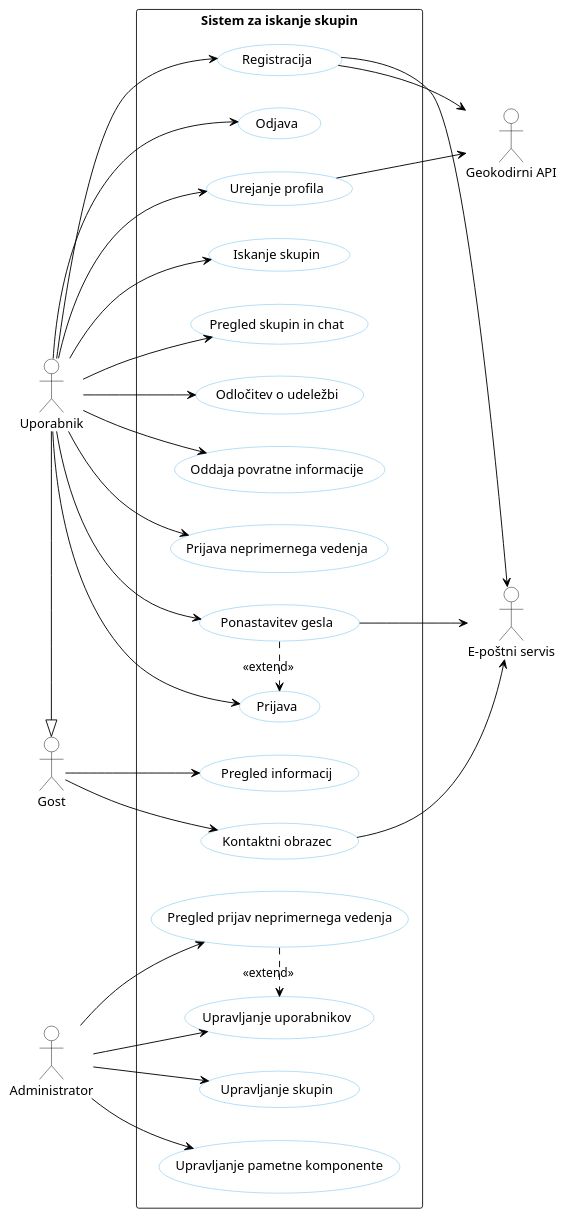
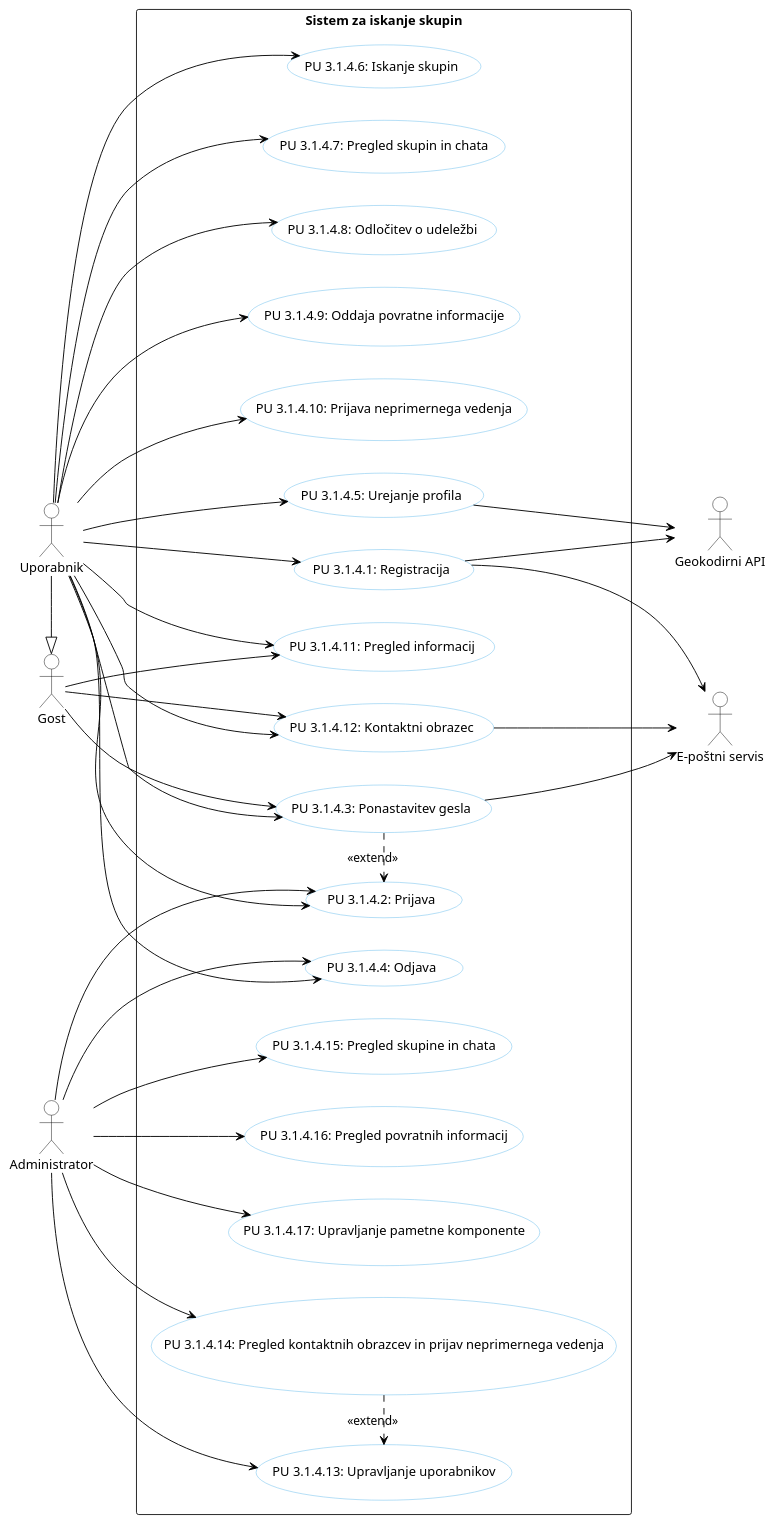
Before and after one commit to jakobjesenko/Projekt-06: the diagram in docs/gradivo/plantuml/Use_case_diagram.puml, drawn with PlantUML. The commit also changed 1 other file, not shown here.

Commit message:
sprememba diagrama primerov uporabe

```diff
--- a/docs/gradivo/plantuml/Use_case_diagram.puml
+++ b/docs/gradivo/plantuml/Use_case_diagram.puml
@@ -1,82 +1,89 @@
 @startuml DPU
 
 skinparam backgroundcolor transparent
 skinparam defaultTextAlignment center
 skinparam usecase {
   backgroundColor white
   borderColor #5FB8EC
   arrowColor black
 }
 skinparam actorBorderColor black
 skinparam actorBackgroundColor white
 
 left to right direction
 
 actor "Gost" AS Guest
 actor "Uporabnik" AS User
 actor "Administrator" AS Admin
 actor "E-poštni servis" AS Email
 actor "Geokodirni API" AS Geo
 
 User -|> Guest
 
 rectangle "Sistem za iskanje skupin" {
   ' --- PRIJAVA ---
-  (Registracija) as UC1
-  (Prijava) as UC2
-  (Ponastavitev gesla) as UC3
-  (Odjava) as UC4
+  (PU 3.1.4.1: Registracija) as UC1
+  (PU 3.1.4.2: Prijava) as UC2
+  (PU 3.1.4.3: Ponastavitev gesla) as UC3
+  (PU 3.1.4.4: Odjava) as UC4
   
   ' --- PROFIL ---
-  (Urejanje profila) as UC5
+  (PU 3.1.4.5: Urejanje profila) as UC5
   
   ' --- SKUPINE ---
-  (Iskanje skupin) as UC6
-  (Pregled skupin in chat) as UC19
-  (Odločitev o udeležbi) as UC8
+  (PU 3.1.4.6: Iskanje skupin) as UC6
+  (PU 3.1.4.7: Pregled skupin in chata) as UC19
+  (PU 3.1.4.8: Odločitev o udeležbi) as UC8
   
   ' --- FEEDBACK ---
-  (Oddaja povratne informacije) as UC10
-  (Prijava neprimernega vedenja) as UC11
+  (PU 3.1.4.9: Oddaja povratne informacije) as UC10
+  (PU 3.1.4.10: Prijava neprimernega vedenja) as UC11
   
   ' --- ADMIN ---
-  (Upravljanje uporabnikov) as UC12
-  (Pregled prijav neprimernega vedenja) as UC13
-  (Upravljanje skupin) as UC14
-  (Upravljanje pametne komponente) as UC18
+  (PU 3.1.4.13: Upravljanje uporabnikov) as UC12
+  (PU 3.1.4.14: Pregled kontaktnih obrazcev in prijav neprimernega vedenja) as UC13
+  (PU 3.1.4.15: Pregled skupine in chata) as UC14
+  (PU 3.1.4.16: Pregled povratnih informacij) as UC17
+  (PU 3.1.4.17: Upravljanje pametne komponente) as UC18
 
   ' --- JAVNE STRANI ---
-  (Pregled informacij) as UC20
-  (Kontaktni obrazec) as UC21
+  (PU 3.1.4.11: Pregled informacij) as UC20
+  (PU 3.1.4.12: Kontaktni obrazec) as UC21
 }
 
+Guest --> UC3
 Guest --> UC20
 Guest --> UC21
 
 User --> UC1
 User --> UC2
 User --> UC3
 User --> UC4
 User --> UC5
 User --> UC6
 User --> UC19
 User --> UC8
 User --> UC10
 User --> UC11
+User --> UC20
+User --> UC21
 
 Admin --> UC12
 Admin --> UC13
 Admin --> UC14
 Admin --> UC18
+Admin --> UC17
+Admin --> UC2
+Admin --> UC4
 
 UC3 .> UC2 : <<extend>>
 UC13 .> UC12 : <<extend>>
 
 UC1 --> Email
 UC3 --> Email
 UC21 --> Email
 
 UC1 --> Geo
 UC5 --> Geo
 
 @enduml
```
